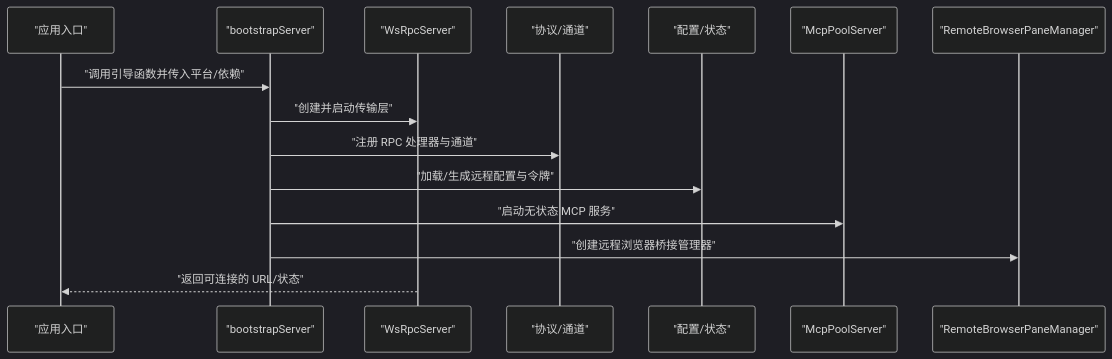
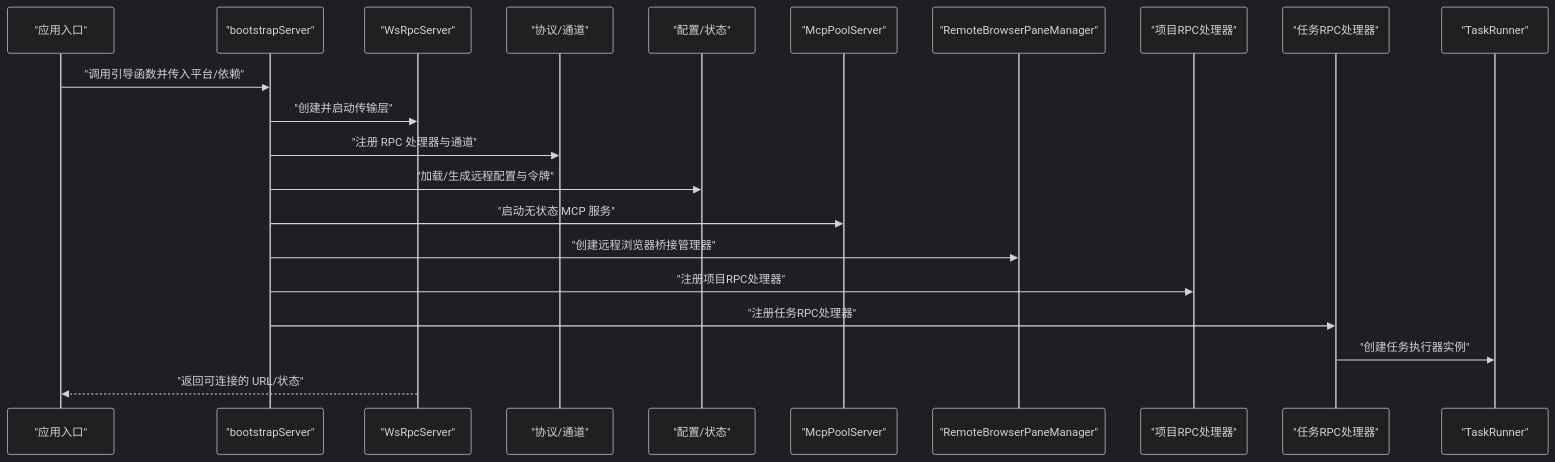
The second of 12 diagrams in .qoder/repowiki/zh/content/服务器架构/服务器核心/服务器核心.md (haolange/craft-agents-oss), drawn with Mermaid (dark theme) before and after one commit. The commit also changed other lines of this file and 8 other files, not shown here.

````diff
--- a/.qoder/repowiki/zh/content/服务器架构/服务器核心/服务器核心.md
+++ b/.qoder/repowiki/zh/content/服务器架构/服务器核心/服务器核心.md
@@ -142,17 +180,23 @@
 ```mermaid
 sequenceDiagram
 participant App as "应用入口"
 participant Boot as "bootstrapServer"
 participant Trans as "WsRpcServer"
 participant Proto as "协议/通道"
 participant Cfg as "配置/状态"
 participant MCP as "McpPoolServer"
 participant RBPM as "RemoteBrowserPaneManager"
+participant Projects as "项目RPC处理器"
+participant Tasks as "任务RPC处理器"
+participant Runner as "TaskRunner"
 App->>Boot : "调用引导函数并传入平台/依赖"
 Boot->>Trans : "创建并启动传输层"
 Boot->>Proto : "注册 RPC 处理器与通道"
 Boot->>Cfg : "加载/生成远程配置与令牌"
 Boot->>MCP : "启动无状态 MCP 服务"
 Boot->>RBPM : "创建远程浏览器桥接管理器"
+Boot->>Projects : "注册项目RPC处理器"
+Boot->>Tasks : "注册任务RPC处理器"
+Tasks->>Runner : "创建任务执行器实例"
 Trans-->>App : "返回可连接的 URL/状态"
 ```
````
